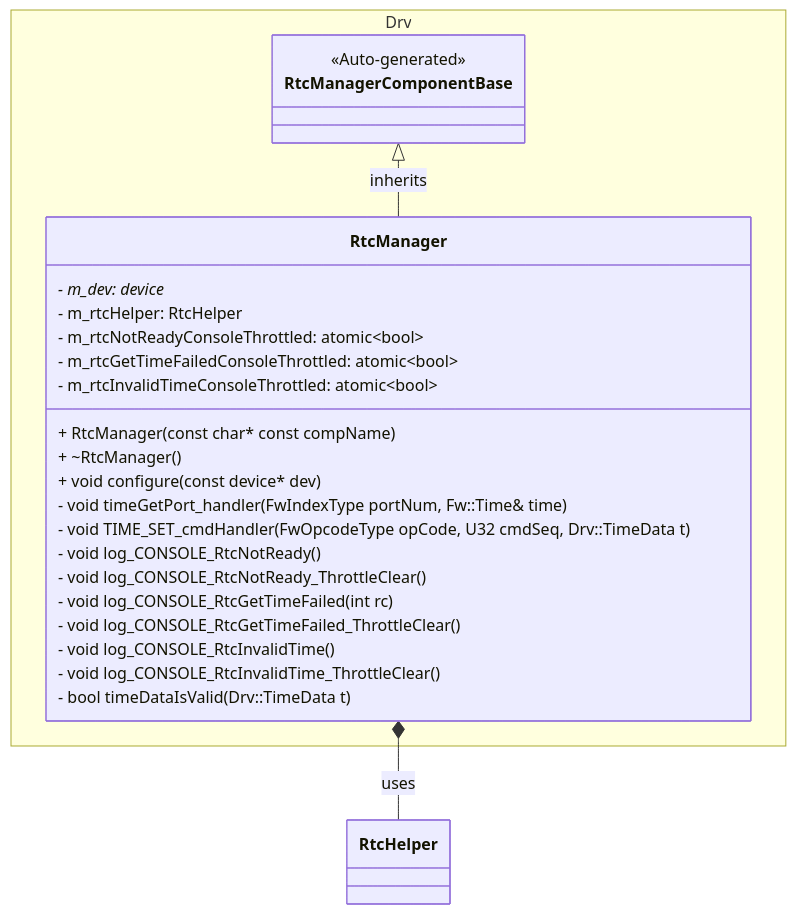
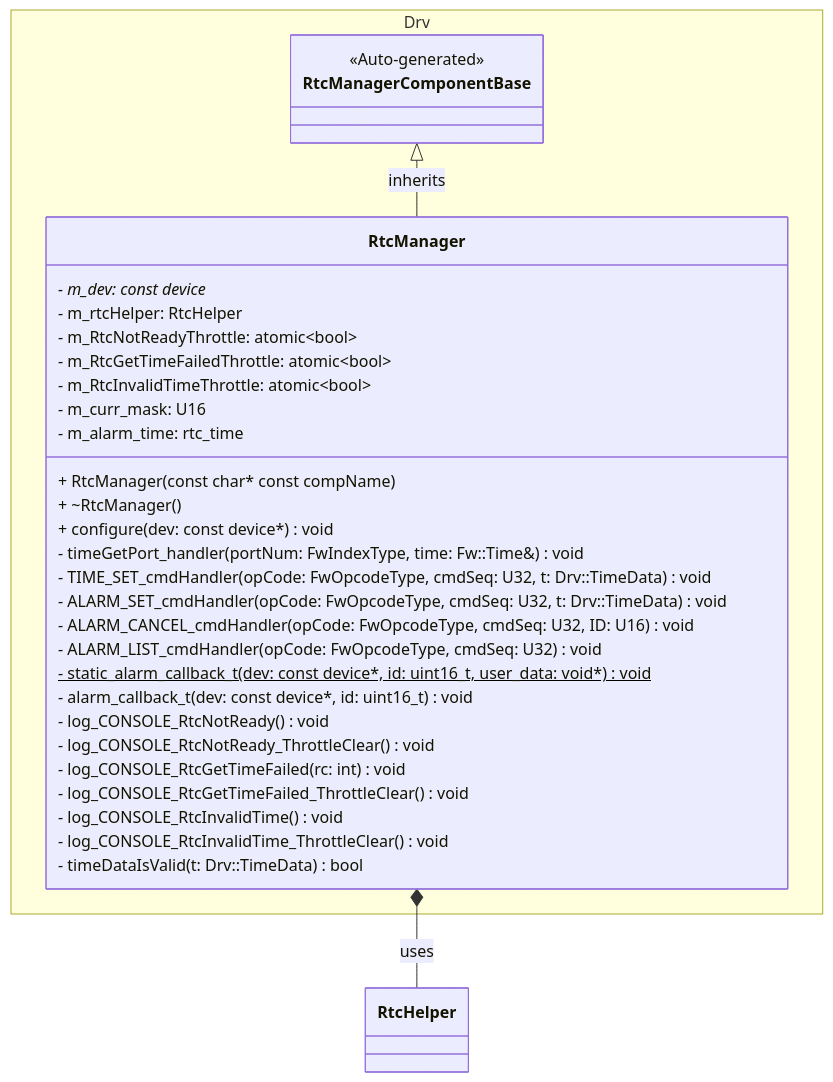
The first of 14 diagrams in PROVESFlightControllerReference/Components/Drv/RtcManager/docs/sdd.md (Open-Source-Space-Foundation/proves-core-reference), drawn with Mermaid before and after one commit. The commit also changed other lines of this file and 1 other file, not shown here.

Commit message:
Update SDD

````diff
--- a/PROVESFlightControllerReference/Components/Drv/RtcManager/docs/sdd.md
+++ b/PROVESFlightControllerReference/Components/Drv/RtcManager/docs/sdd.md
@@ -135,30 +135,40 @@
 ```mermaid
 classDiagram
     namespace Drv {
         class RtcManagerComponentBase {
             <<Auto-generated>>
         }
         class RtcManager {
-            - m_dev: device*
+            - m_dev: const device*
             - m_rtcHelper: RtcHelper
-            - m_rtcNotReadyConsoleThrottled: atomic~bool~
-            - m_rtcGetTimeFailedConsoleThrottled: atomic~bool~
-            - m_rtcInvalidTimeConsoleThrottled: atomic~bool~
+            - m_RtcNotReadyThrottle: atomic~bool~
+            - m_RtcGetTimeFailedThrottle: atomic~bool~
+            - m_RtcInvalidTimeThrottle: atomic~bool~
+            - m_curr_mask: U16
+            - m_alarm_time: rtc_time
 
             + RtcManager(const char* const compName)
             + ~RtcManager()
-            + void configure(const device* dev)
-            - void timeGetPort_handler(FwIndexType portNum, Fw::Time& time)
-            - void TIME_SET_cmdHandler(FwOpcodeType opCode, U32 cmdSeq, Drv::TimeData t)
-            - void log_CONSOLE_RtcNotReady()
-            - void log_CONSOLE_RtcNotReady_ThrottleClear()
-            - void log_CONSOLE_RtcGetTimeFailed(int rc)
-            - void log_CONSOLE_RtcGetTimeFailed_ThrottleClear()
-            - void log_CONSOLE_RtcInvalidTime()
-            - void log_CONSOLE_RtcInvalidTime_ThrottleClear()
-            - bool timeDataIsValid(Drv::TimeData t)
+            + configure(dev: const device*) void
+
+            - timeGetPort_handler(portNum: FwIndexType, time: Fw::Time&) void
+
+            - TIME_SET_cmdHandler(opCode: FwOpcodeType, cmdSeq: U32, t: Drv::TimeData) void
+            - ALARM_SET_cmdHandler(opCode: FwOpcodeType, cmdSeq: U32, t: Drv::TimeData) void
+            - ALARM_CANCEL_cmdHandler(opCode: FwOpcodeType, cmdSeq: U32, ID: U16) void
+            - ALARM_LIST_cmdHandler(opCode: FwOpcodeType, cmdSeq: U32) void
+
+            - static_alarm_callback_t(dev: const device*, id: uint16_t, user_data: void*) void$
+            - alarm_callback_t(dev: const device*, id: uint16_t) void
+            - log_CONSOLE_RtcNotReady() void
+            - log_CONSOLE_RtcNotReady_ThrottleClear() void
+            - log_CONSOLE_RtcGetTimeFailed(rc: int) void
+            - log_CONSOLE_RtcGetTimeFailed_ThrottleClear() void
+            - log_CONSOLE_RtcInvalidTime() void
+            - log_CONSOLE_RtcInvalidTime_ThrottleClear() void
+            - timeDataIsValid(t: Drv::TimeData) bool
         }
     }
     RtcManagerComponentBase <|-- RtcManager : inherits
     RtcManager *-- RtcHelper : uses
 ```
````
